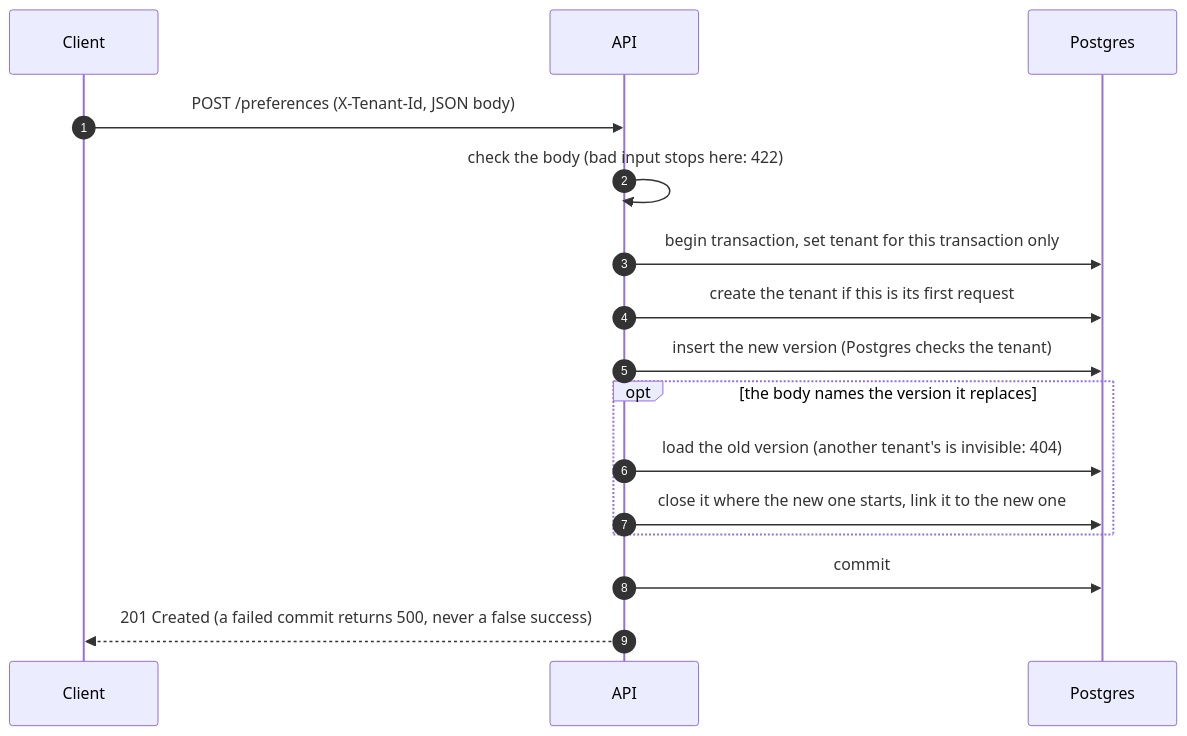
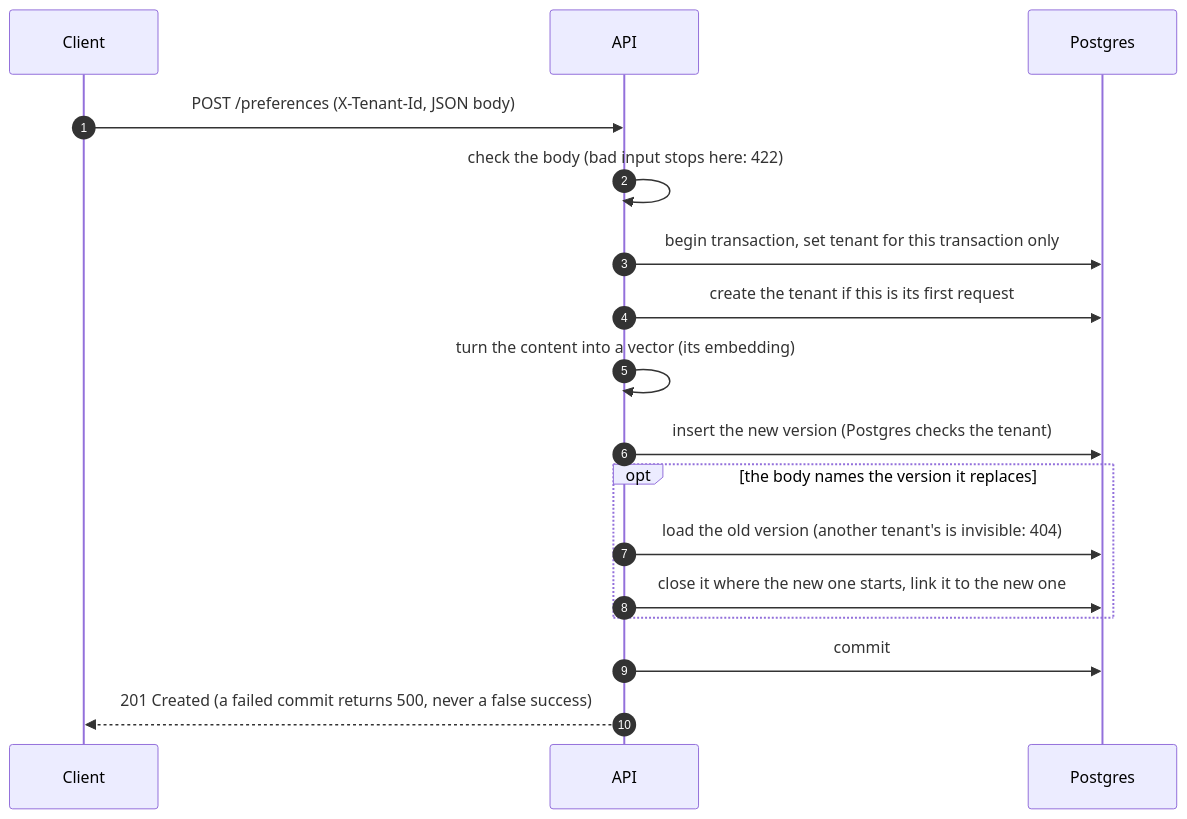
One commit to ZiadHendawy/mutable changed the fourth of 23 diagrams in docs/design.md. Above: the diagram before and after it, drawn with Mermaid. The commit also changed other lines of this file and 10 other files, not shown here.

````diff
--- a/docs/design.md
+++ b/docs/design.md
@@ -125,19 +130,20 @@
 ```mermaid
 sequenceDiagram
     autonumber
     participant C as Client
     participant A as API
     participant PG as Postgres
 
     C->>A: POST /preferences (X-Tenant-Id, JSON body)
     A->>A: check the body (bad input stops here: 422)
     A->>PG: begin transaction, set tenant for this transaction only
     A->>PG: create the tenant if this is its first request
+    A->>A: turn the content into a vector (its embedding)
     A->>PG: insert the new version (Postgres checks the tenant)
     opt the body names the version it replaces
         A->>PG: load the old version (another tenant's is invisible: 404)
         A->>PG: close it where the new one starts, link it to the new one
     end
     A->>PG: commit
     A-->>C: 201 Created (a failed commit returns 500, never a false success)
 ```
````
